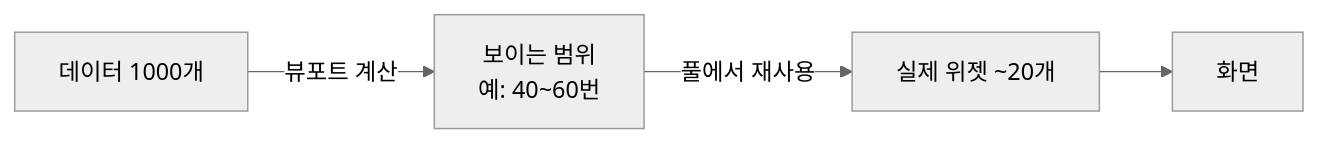
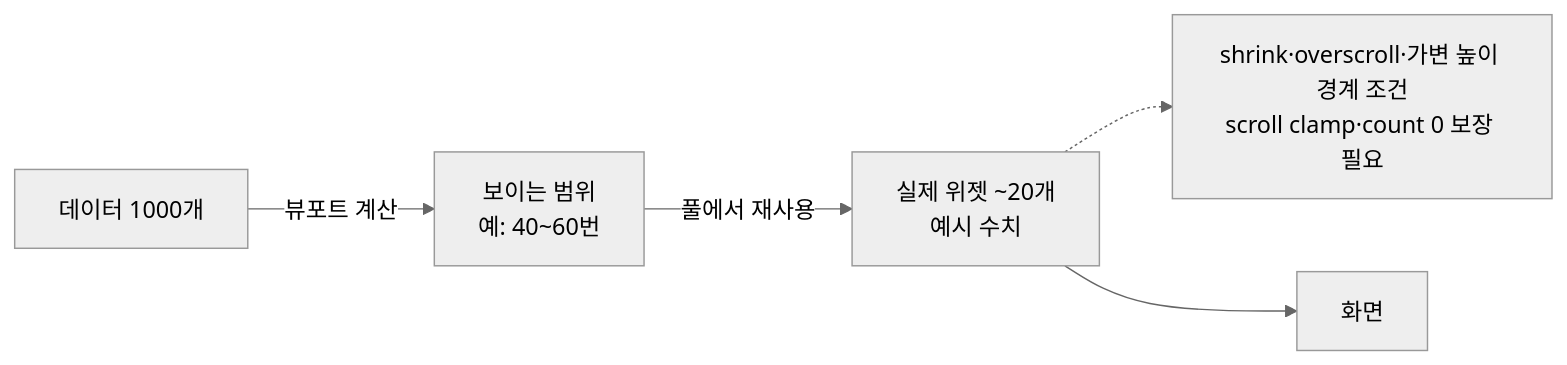
The fourth of 4 diagrams in engine/part06_ui.md (Rein-ArXiv/game-dev-curriculum), drawn with Mermaid (neutral theme) before and after one commit. The commit also changed other lines of this file and 279 other files, not shown here.

````diff
--- a/engine/part06_ui.md
+++ b/engine/part06_ui.md
@@ -701,6 +720,6 @@
 ```mermaid
 flowchart LR
     Data[데이터 1000개] -->|뷰포트 계산| Window[보이는 범위<br/>예: 40~60번]
-    Window -->|풀에서 재사용| Widgets[실제 위젯 ~20개]
+    Window -->|풀에서 재사용| Widgets[실제 위젯 ~20개<br/>예시 수치]; Widgets -.-> PoolNote[shrink·overscroll·가변 높이 경계 조건<br/>scroll clamp·count 0 보장 필요]
     Widgets --> Screen[화면]
 ```
````
